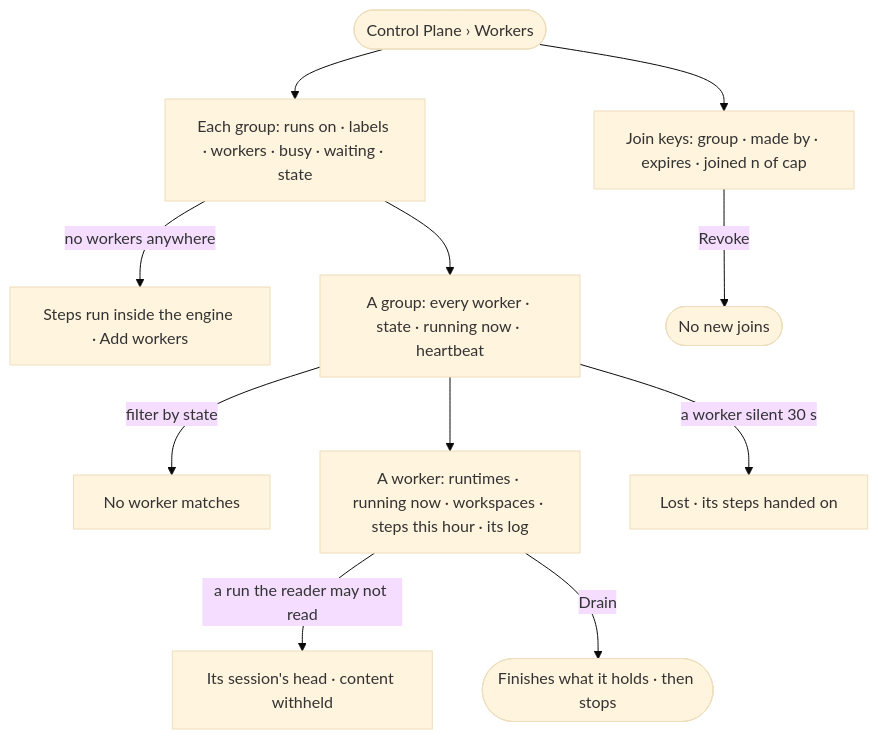
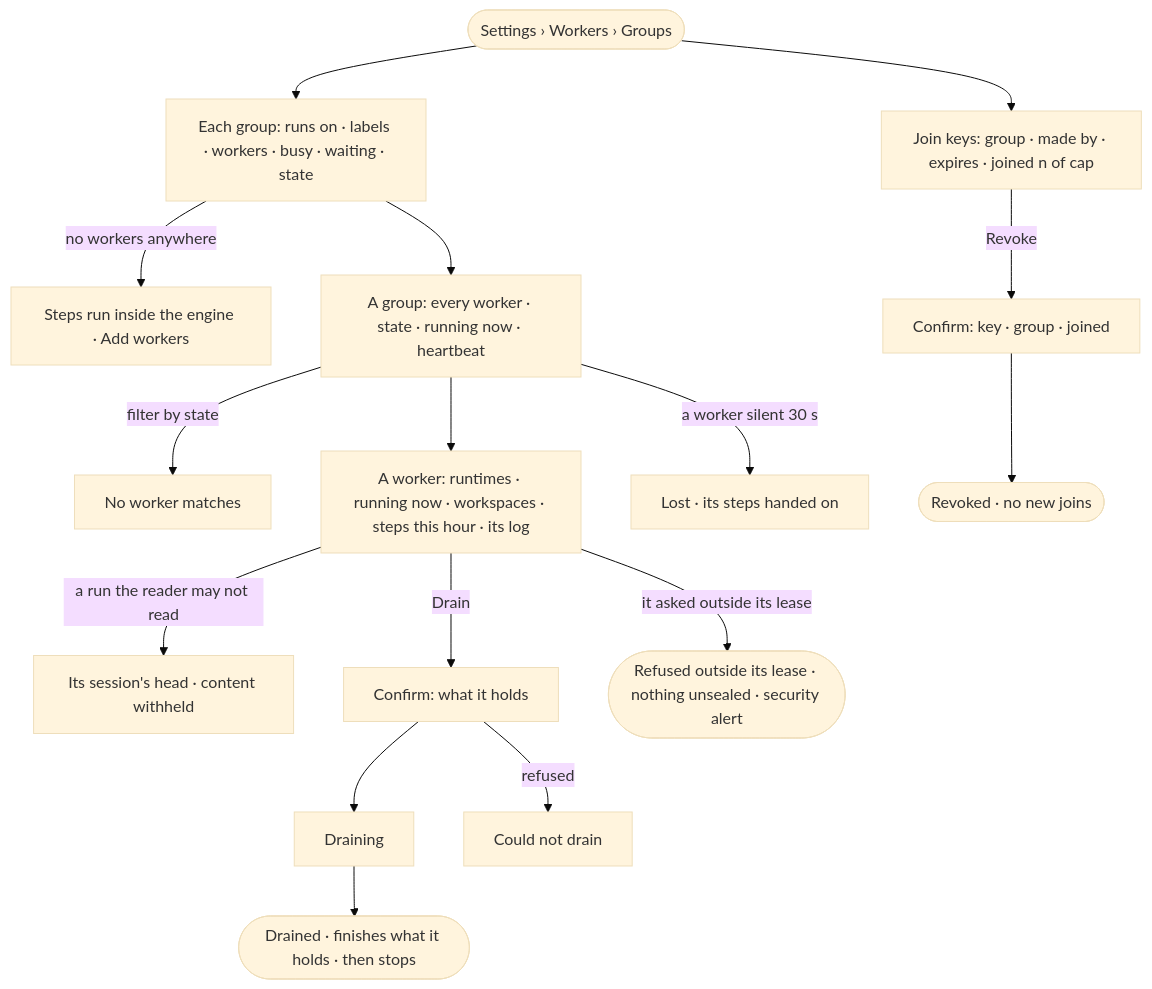
The diagram in specs/os/control/features/CP-F03-workers-and-the-queue/stories/CP-09-see-every-worker-and-what-it-is-running/story.md (invana/invana), drawn with Mermaid (base theme) before and after one commit. The commit also changed other lines of this file and 456 other files, not shown here.

````diff
--- a/specs/os/control/features/CP-F03-workers-and-the-queue/stories/CP-09-see-every-worker-and-what-it-is-running/story.md
+++ b/specs/os/control/features/CP-F03-workers-and-the-queue/stories/CP-09-see-every-worker-and-what-it-is-running/story.md
@@ -26,13 +27,18 @@
 ```mermaid
 flowchart TD
-  s([Control Plane › Workers]) --> g["Each group: runs on · labels · workers · busy · waiting · state"]
+  s([Settings › Workers › Groups]) --> g["Each group: runs on · labels · workers · busy · waiting · state"]
   g -->|no workers anywhere| nw["Steps run inside the engine · Add workers"]
   g --> grp["A group: every worker · state · running now · heartbeat"]
   grp -->|filter by state| f["No worker matches"]
   grp --> w["A worker: runtimes · running now · workspaces · steps this hour · its log"]
   w -->|a run the reader may not read| wh["Its session's head · content withheld"]
-  w -->|Drain| d(["Finishes what it holds · then stops"])
+  w -->|Drain| dc["Confirm: what it holds"]
+  dc --> dg["Draining"]
+  dg --> d(["Drained · finishes what it holds · then stops"])
+  dc -->|refused| df["Could not drain"]
   grp -->|a worker silent 30 s| lost["Lost · its steps handed on"]
+  w -->|it asked outside its lease| ol(["Refused outside its lease · nothing unsealed · security alert"])
   s --> keys["Join keys: group · made by · expires · joined n of cap"]
-  keys -->|Revoke| rv(["No new joins"])
+  keys -->|Revoke| rc["Confirm: key · group · joined"]
+  rc --> rv(["Revoked · no new joins"])
 ```
````
